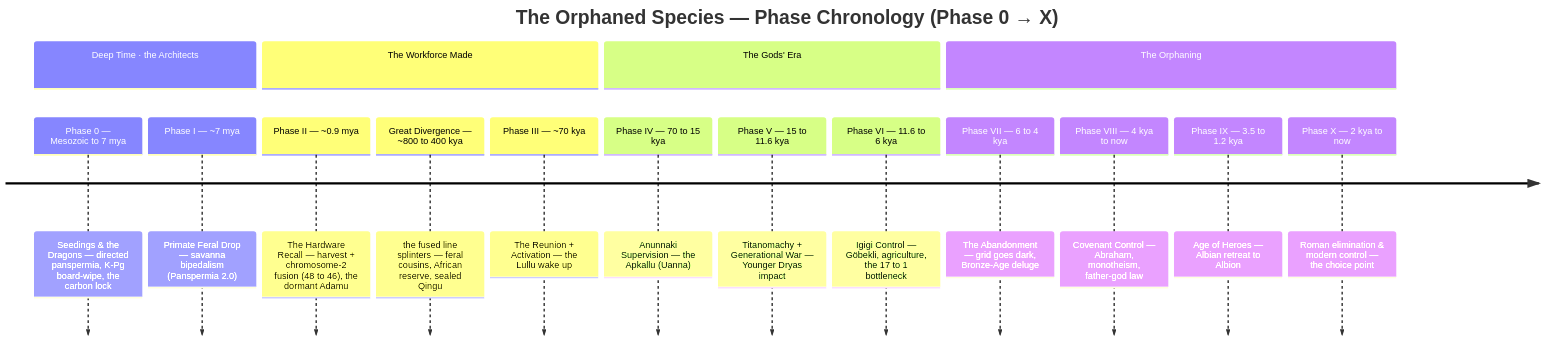
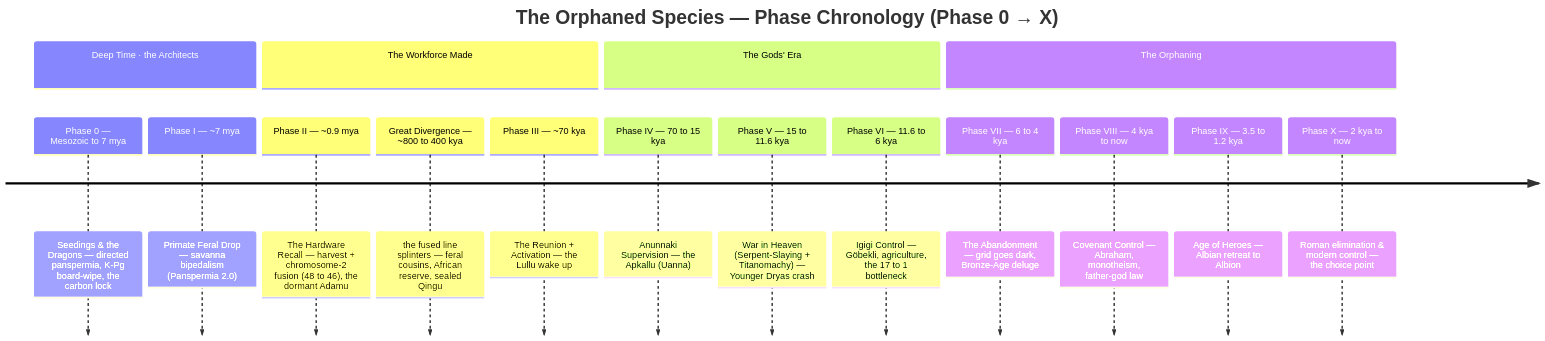
One commit to DoctorKhan/The-Orphaned-Species changed the second of 2 diagrams in 00_MASTER_TIMELINE.md. Above: the diagram before and after it, drawn with Mermaid. The commit also changed other lines of this file and 1 other file, not shown here.

First line of the commit message:
Expand Book 5 cosmology: panspermic cycle, two-generation gods, the crash, the Two Trees

````diff
--- a/00_MASTER_TIMELINE.md
+++ b/00_MASTER_TIMELINE.md
@@ -359,20 +409,20 @@
 ```mermaid
 timeline
     title The Orphaned Species — Phase Chronology (Phase 0 → X)
     section Deep Time · the Architects
         Phase 0 — Mesozoic to 7 mya : Seedings & the Dragons — directed panspermia, K-Pg board-wipe, the carbon lock
         Phase I — ~7 mya : Primate Feral Drop — savanna bipedalism (Panspermia 2.0)
     section The Workforce Made
         Phase II — ~0.9 mya : The Hardware Recall — harvest + chromosome-2 fusion (48 to 46), the dormant Adamu
         Great Divergence — ~800 to 400 kya : the fused line splinters — feral cousins, African reserve, sealed Qingu
         Phase III — ~70 kya : The Reunion + Activation — the Lullu wake up
     section The Gods' Era
         Phase IV — 70 to 15 kya : Anunnaki Supervision — the Apkallu (Uanna)
-        Phase V — 15 to 11.6 kya : Titanomachy + Generational War — Younger Dryas impact
+        Phase V — 15 to 11.6 kya : War in Heaven (Serpent-Slaying + Titanomachy) — Younger Dryas crash
         Phase VI — 11.6 to 6 kya : Igigi Control — Göbekli, agriculture, the 17 to 1 bottleneck
     section The Orphaning
         Phase VII — 6 to 4 kya : The Abandonment — grid goes dark, Bronze-Age deluge
         Phase VIII — 4 kya to now : Covenant Control — Abraham, monotheism, father-god law
         Phase IX — 3.5 to 1.2 kya : Age of Heroes — Albian retreat to Albion
         Phase X — 2 kya to now : Roman elimination & modern control — the choice point
 ```
````
